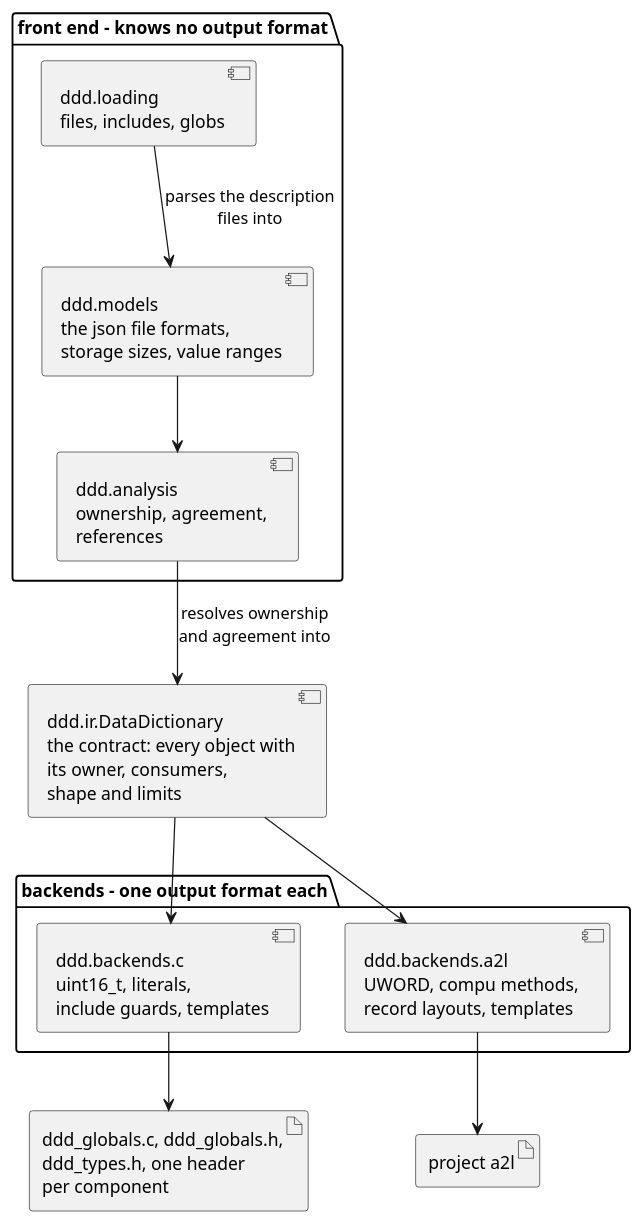
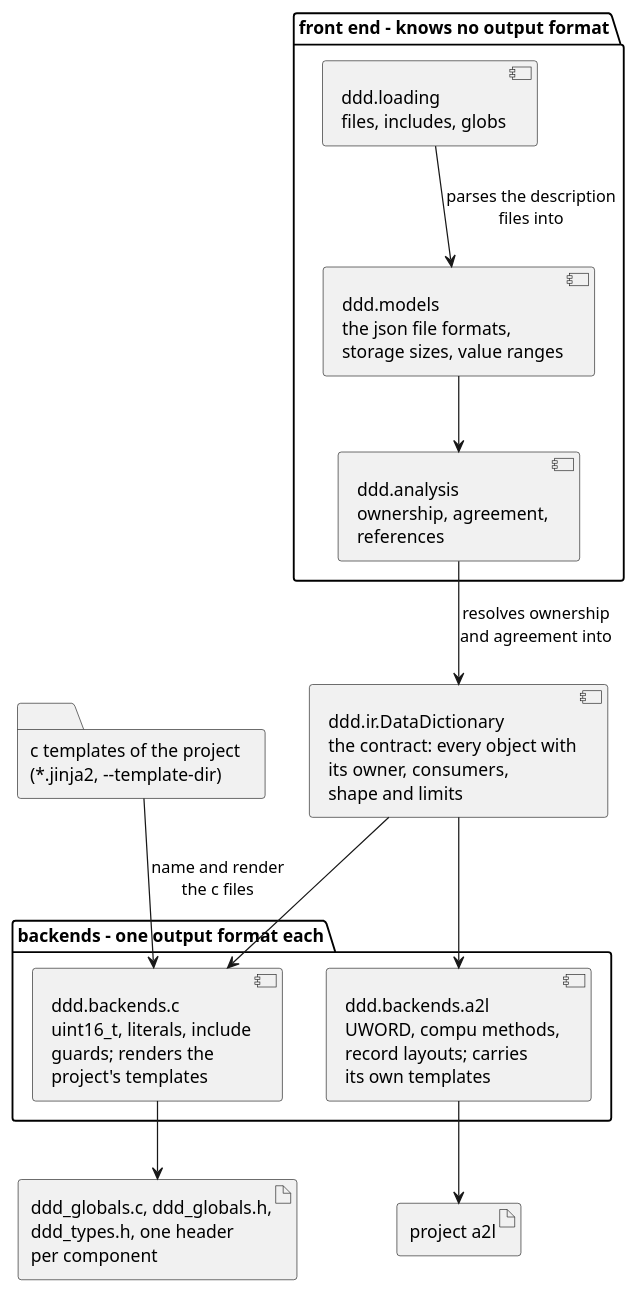
One commit to Sauci/ddd changed the second of 2 diagrams in docs/concept.rst. Above: the diagram before and after it, drawn with PlantUML. The commit also changed other lines of this file and 38 other files, not shown here.

Commit message:
use project-specific templates, use the ones in this package as examples

```diff
--- a/docs/concept.rst
+++ b/docs/concept.rst
@@ -456,25 +493,27 @@
 .. uml::
 
    package "front end - knows no output format" as front_end {
        component "ddd.models\nthe json file formats,\nstorage sizes, value ranges" as models
        component "ddd.loading\nfiles, includes, globs" as loading
        component "ddd.analysis\nownership, agreement,\nreferences" as analysis
    }
 
    component "ddd.ir.DataDictionary\nthe contract: every object with\nits owner, consumers,\nshape and limits" as dictionary
 
    package "backends - one output format each" as backends {
-       component "ddd.backends.c\nuint16_t, literals,\ninclude guards, templates" as c_backend
-       component "ddd.backends.a2l\nUWORD, compu methods,\nrecord layouts, templates" as a2l_backend
+       component "ddd.backends.c\nuint16_t, literals, include\nguards; renders the\nproject's templates" as c_backend
+       component "ddd.backends.a2l\nUWORD, compu methods,\nrecord layouts; carries\nits own templates" as a2l_backend
    }
 
+   folder "c templates of the project\n(*.jinja2, --template-dir)" as c_templates
    artifact "ddd_globals.c, ddd_globals.h,\nddd_types.h, one header\nper component" as c_files
    artifact "project a2l" as a2l_file
 
    loading --> models: parses the description\nfiles into
    models --> analysis
    analysis --> dictionary: resolves ownership\nand agreement into
    dictionary --> c_backend
    dictionary --> a2l_backend
+   c_templates --> c_backend: name and render\nthe c files
    c_backend --> c_files
    a2l_backend --> a2l_file
```
